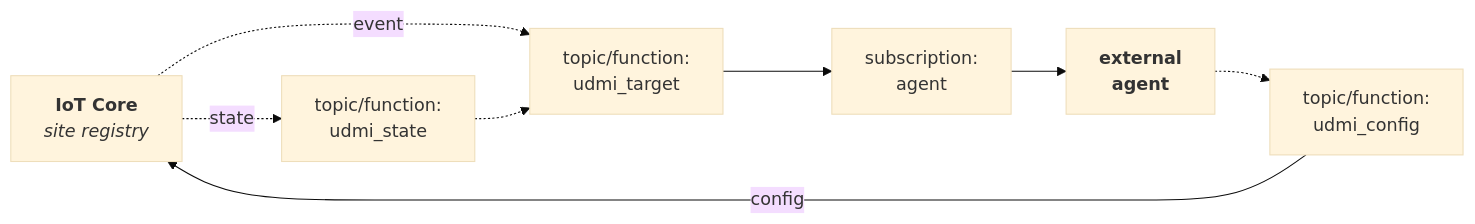
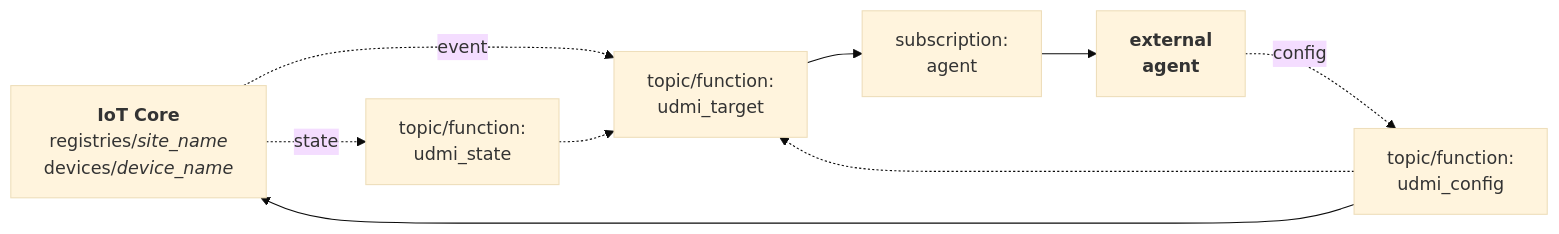
The diagram in docs/cloud/gcp/functions.md (faucetsdn/udmi), drawn with Mermaid (base theme) before and after one commit. The commit also changed other lines of this file, not shown here.

````diff
--- a/docs/cloud/gcp/functions.md
+++ b/docs/cloud/gcp/functions.md
@@ -27,20 +27,21 @@
 ```mermaid
 graph LR
     %%{wrap}%%
-    I[<b>IoT Core</b><br><i>site registry</i>]
+    I[<b>IoT Core</b><br>registries/<i>site_name</i><br>devices/<i>device_name</i>]
     T[topic/function:<br>udmi_target]
     C[topic/function:<br>udmi_config]
     S[topic/function:<br>udmi_state]
     J[subscription:<br>agent]
     A[<b>external<br>agent</b>]
 
     I -.-> |event| T
     I -.-> |state| S
     S -.-> T
 
-    C --> |config| I
+    C --> I
 
     T --> J
     J --> A
-    A -.-> C
+    A -.-> |config| C
+    C -.-> T
 ```
````
